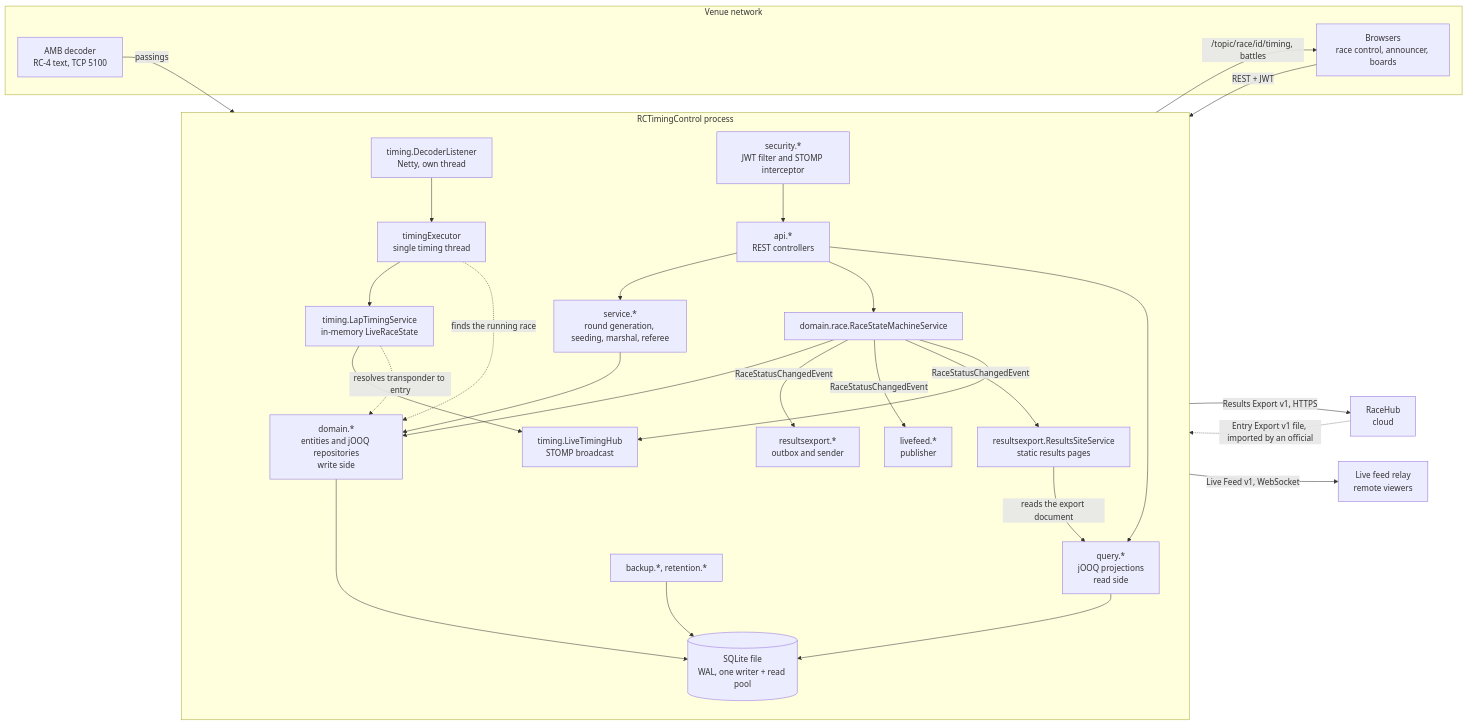
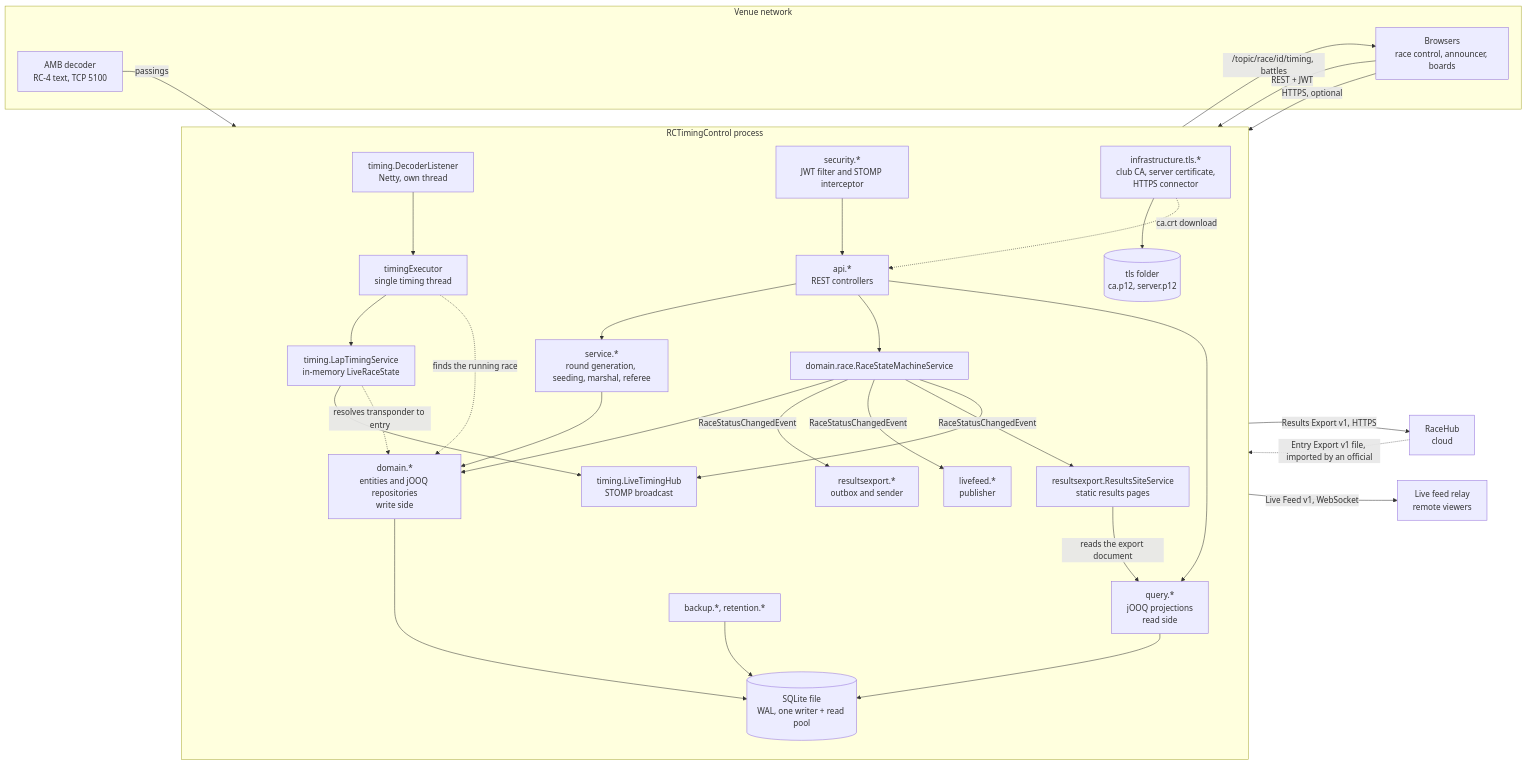
The diagram in docs/developer/components.md (RCRaceHub/RCTimingControl), drawn with Mermaid before and after one commit. The commit also changed other lines of this file and 26 other files, not shown here.

First line of the commit message:
Optional HTTPS beside HTTP with a club certificate authority (#509)

````diff
--- a/docs/developer/components.md
+++ b/docs/developer/components.md
@@ -5,48 +5,53 @@
 ```mermaid
 flowchart LR
     subgraph venue[Venue network]
         dec[AMB decoder<br/>RC-4 text, TCP 5100]
         br[Browsers<br/>race control, announcer, boards]
     end
 
     subgraph app[RCTimingControl process]
         direction TB
         dl[timing.DecoderListener<br/>Netty, own thread]
         te[timingExecutor<br/>single timing thread]
         lts[timing.LapTimingService<br/>in-memory LiveRaceState]
         hub[timing.LiveTimingHub<br/>STOMP broadcast]
         api[api.*<br/>REST controllers]
         sec[security.*<br/>JWT filter and STOMP interceptor]
         dom[domain.*<br/>entities and jOOQ repositories<br/>write side]
         svc[service.*<br/>round generation, seeding, marshal, referee]
         qry[query.*<br/>jOOQ projections<br/>read side]
         sm[domain.race.RaceStateMachineService]
         rx[resultsexport.*<br/>outbox and sender]
         rs[resultsexport.ResultsSiteService<br/>static results pages]
         lf[livefeed.*<br/>publisher]
         bk[backup.*, retention.*]
+        tls[infrastructure.tls.*<br/>club CA, server certificate,<br/>HTTPS connector]
+        tlsfiles[(tls folder<br/>ca.p12, server.p12)]
         db[(SQLite file<br/>WAL, one writer + read pool)]
     end
 
     rh[RaceHub<br/>cloud]
     relay[Live feed relay<br/>remote viewers]
 
     dec -->|passings| dl --> te --> lts
     lts --> hub -->|/topic/race/id/timing, battles| br
     br -->|REST + JWT| sec --> api
     api --> svc --> dom --> db
     api --> sm
     api --> qry --> db
     sm --> dom
     sm -->|RaceStatusChangedEvent| rx
     sm -->|RaceStatusChangedEvent| lf
     sm -->|RaceStatusChangedEvent| rs
     rs -->|reads the export document| qry
     sm --> hub
     te -.->|finds the running race| dom
     lts -.->|resolves transponder to entry| dom
     rx -->|Results Export v1, HTTPS| rh
     rh -.->|Entry Export v1 file, imported by an official| api
     lf -->|Live Feed v1, WebSocket| relay
     bk --> db
+    br -->|HTTPS, optional| tls
+    tls --> tlsfiles
+    tls -.->|ca.crt download| api
 ```
````
